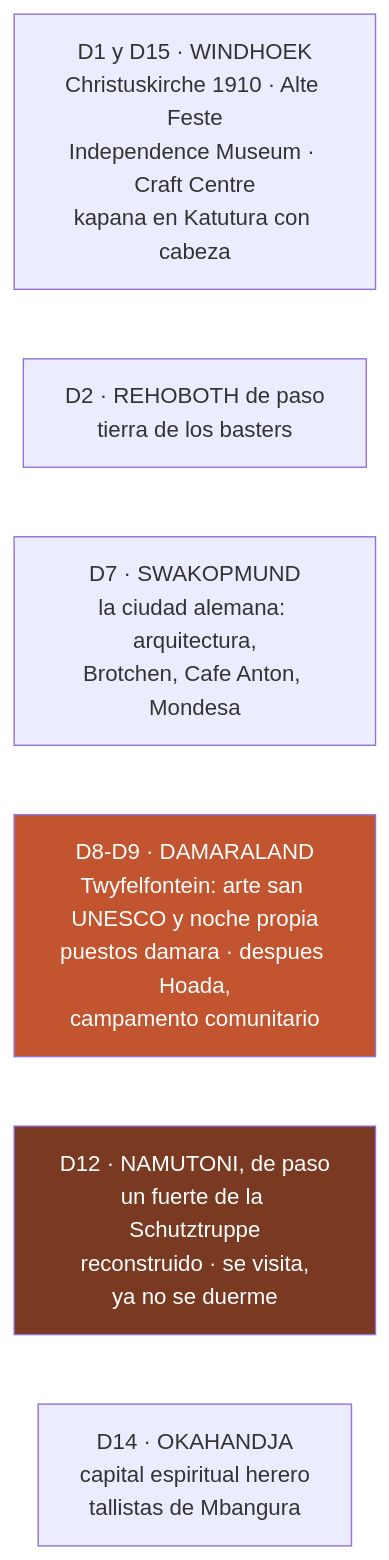
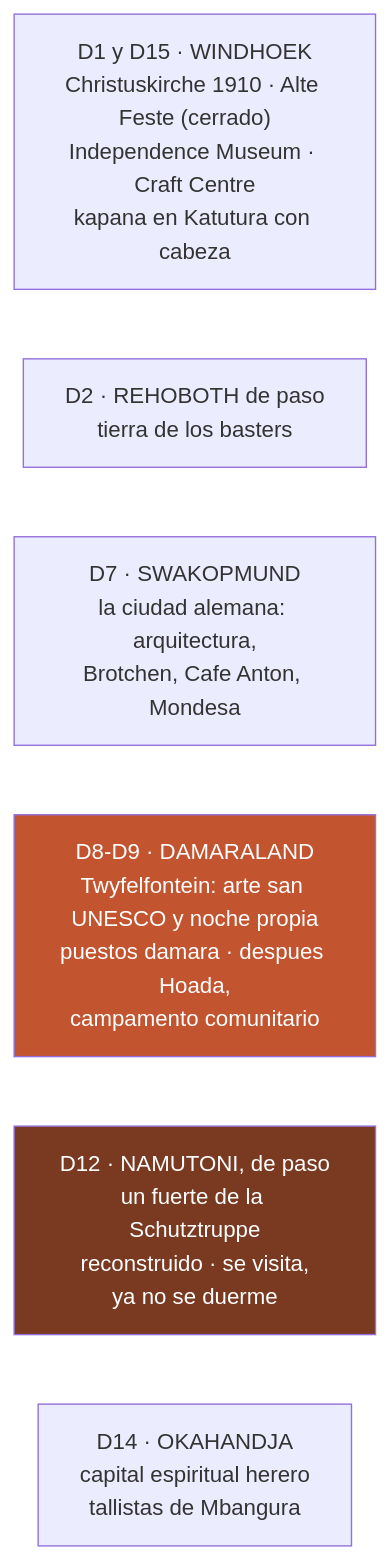
Before and after one commit to morandeirachema/namibia: the fourth of 4 diagrams in 19-cultura-de-namibia.md, drawn with Mermaid. The commit also changed 22 other files, not shown here.

````diff
--- a/19-cultura-de-namibia.md
+++ b/19-cultura-de-namibia.md
@@ -207,14 +207,14 @@
 ```mermaid
 flowchart TD
 %% ancho
-    D1["D1 y D15 · WINDHOEK<br/>Christuskirche 1910 · Alte Feste<br/>Independence Museum · Craft Centre<br/>kapana en Katutura con cabeza"]
+    D1["D1 y D15 · WINDHOEK<br/>Christuskirche 1910 · Alte Feste (cerrado)<br/>Independence Museum · Craft Centre<br/>kapana en Katutura con cabeza"]
     D2["D2 · REHOBOTH de paso<br/>tierra de los basters"]
     D7["D7 · SWAKOPMUND<br/>la ciudad alemana: arquitectura,<br/>Brotchen, Cafe Anton, Mondesa"]
     D9["D8-D9 · DAMARALAND<br/>Twyfelfontein: arte san UNESCO y noche propia<br/>puestos damara · despues Hoada,<br/>campamento comunitario"]
     D12["D12 · NAMUTONI, de paso<br/>un fuerte de la Schutztruppe<br/>reconstruido · se visita,<br/>ya no se duerme"]
     D14["D14 · OKAHANDJA<br/>capital espiritual herero<br/>tallistas de Mbangura"]
     D1 ~~~ D2 ~~~ D7
     D7 ~~~ D9 ~~~ D12 ~~~ D14
     style D9 fill:#C2542F,color:#fff
     style D12 fill:#7a3a22,color:#fff
 ```
````
